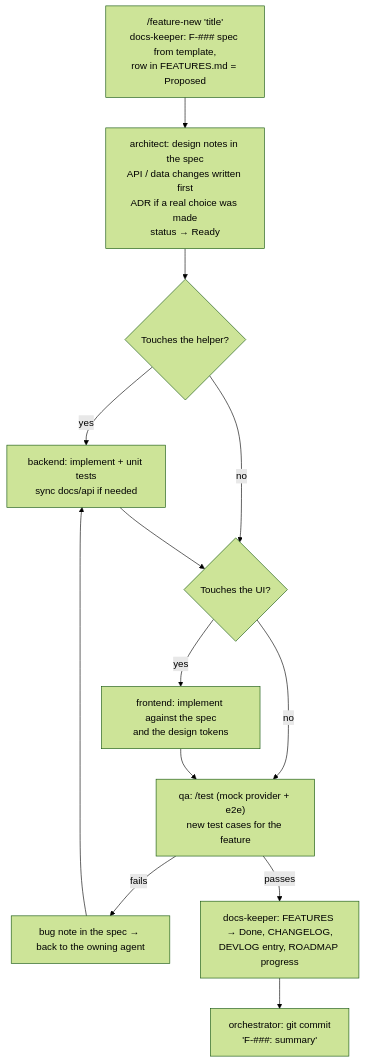
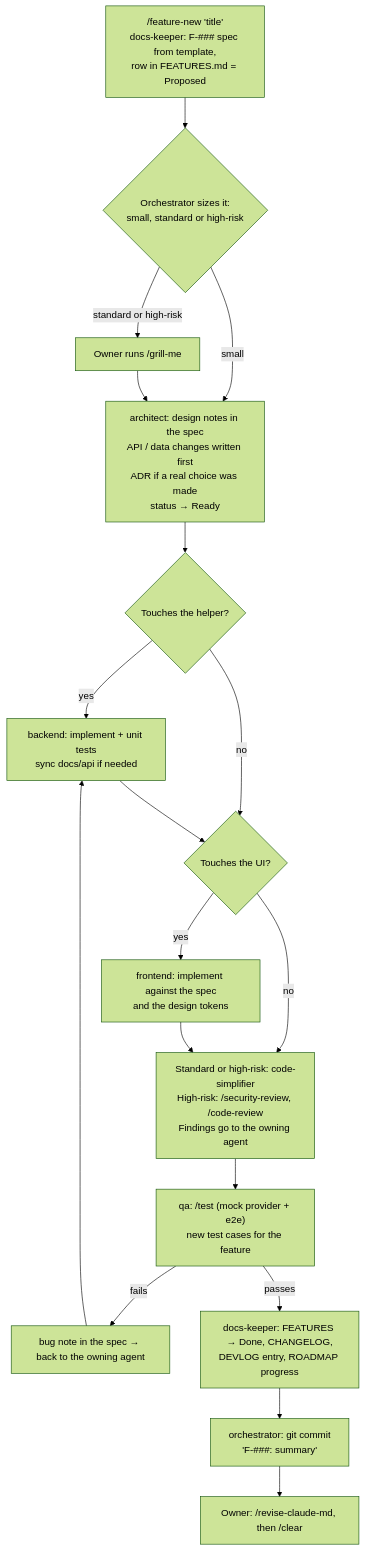
Before and after one commit to jay-ai-labs/HomeTV: the diagram in docs/02-agentic-harness.md, drawn with Mermaid (forest theme). The commit also changed other lines of this file and 16 other files, not shown here.

````diff
--- a/docs/02-agentic-harness.md
+++ b/docs/02-agentic-harness.md
@@ -35,15 +35,20 @@
 ```mermaid
 flowchart TD
-  A["/feature-new 'title'<br/>docs-keeper: F-### spec from template,<br/>row in FEATURES.md = Proposed"] --> B
+  A["/feature-new 'title'<br/>docs-keeper: F-### spec from template,<br/>row in FEATURES.md = Proposed"] --> S
+  S{"Orchestrator sizes it:<br/>small, standard or high-risk"} -- small --> B
+  S -- "standard or high-risk" --> Q["Owner runs /grill-me"]
+  Q --> B
   B["architect: design notes in the spec<br/>API / data changes written first<br/>ADR if a real choice was made<br/>status → Ready"] --> C{Touches the helper?}
   C -- yes --> D["backend: implement + unit tests<br/>sync docs/api if needed"]
   C -- no --> E
   D --> E{Touches the UI?}
   E -- yes --> F["frontend: implement against the spec<br/>and the design tokens"]
-  E -- no --> G
-  F --> G["qa: /test (mock provider + e2e)<br/>new test cases for the feature"]
+  E -- no --> R
+  F --> R["Standard or high-risk: code-simplifier<br/>High-risk: /security-review, /code-review<br/>Findings go to the owning agent"]
+  R --> G["qa: /test (mock provider + e2e)<br/>new test cases for the feature"]
   G -- fails --> H["bug note in the spec → back to the owning agent"]
   H --> D
   G -- passes --> I["docs-keeper: FEATURES → Done, CHANGELOG,<br/>DEVLOG entry, ROADMAP progress"]
   I --> J["orchestrator: git commit<br/>'F-###: summary'"]
+  J --> K["Owner: /revise-claude-md, then /clear"]
 ```
````
